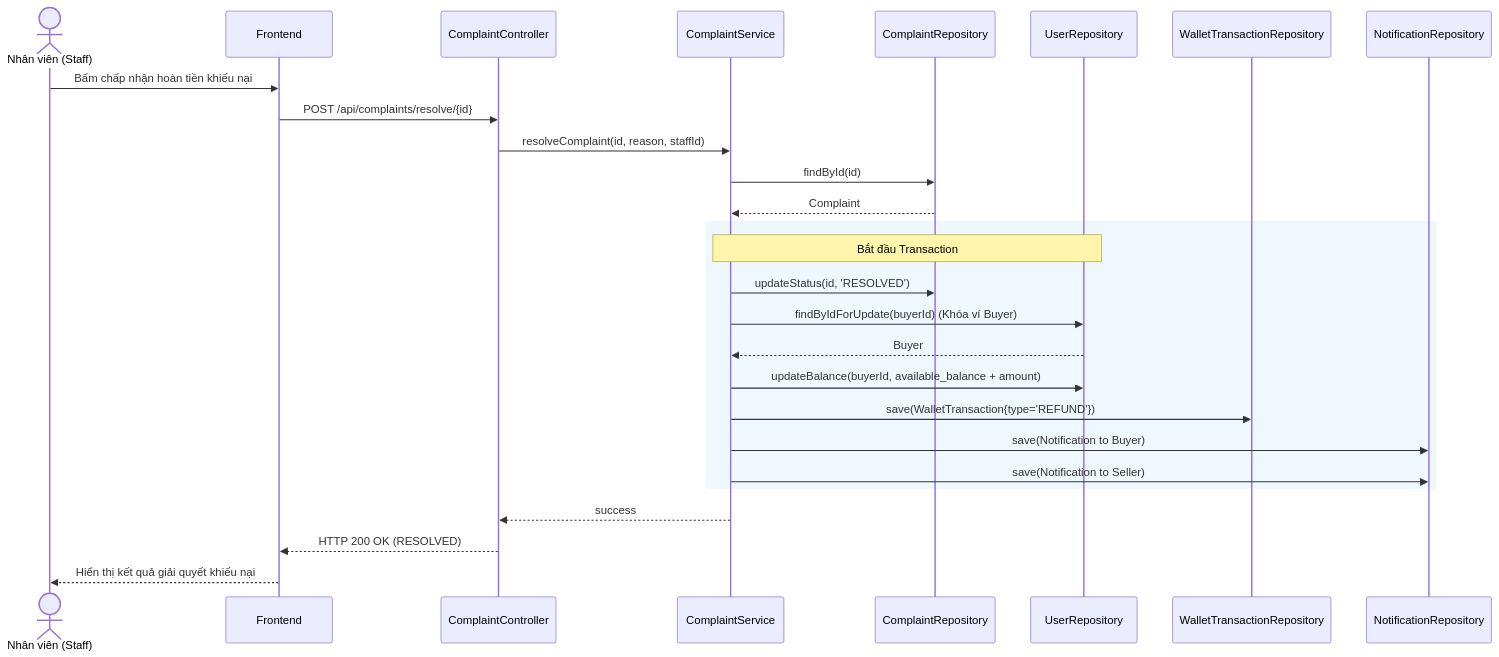
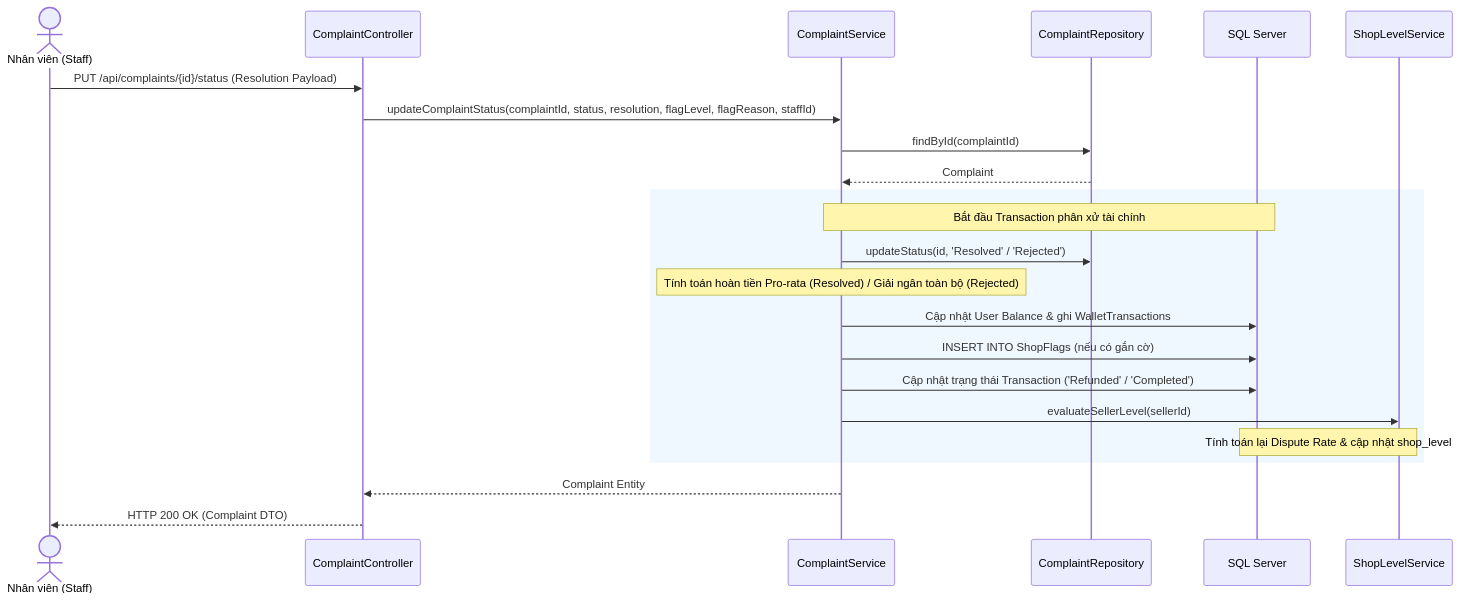
One commit to Vietanh1712/mmo-system changed the diagram in MMO_Market/MMO_Market (3)/MMO_Market/.sdd/specs/backend/feat-complaint/UC-10-complaint-dispute.md. Above: the diagram before and after it, drawn with Mermaid. The commit also changed other lines of this file and 6 other files, not shown here.

Commit message:
docs: dong bo dac ta va kich ban use case khieu nai phan xu hoan tien pro-rata

````diff
--- a/MMO_Market/MMO_Market (3)/MMO_Market/.sdd/specs/backend/feat-complaint/UC-10-complaint-dispute.md
+++ b/MMO_Market/MMO_Market (3)/MMO_Market/.sdd/specs/backend/feat-complaint/UC-10-complaint-dispute.md
@@ -117,32 +119,28 @@
 ```mermaid
 sequenceDiagram
-    actor S as Nhân viên (Staff)
-    participant FE as Frontend
-    participant CC as ComplaintController
-    participant CS as ComplaintService
-    participant CR as ComplaintRepository
-    participant UR as UserRepository
-    participant WTR as WalletTransactionRepository
-    participant NR as NotificationRepository
+    actor ST as Nhân viên (Staff)
+    participant POC as ComplaintController
+    participant POS as ComplaintService
+    participant POR as ComplaintRepository
+    participant DB as SQL Server
+    participant SLS as ShopLevelService
 
-    S->>FE: Bấm chấp nhận hoàn tiền khiếu nại
-    FE->>CC: POST /api/complaints/resolve/{id}
-    CC->>CS: resolveComplaint(id, reason, staffId)
-    CS->>CR: findById(id)
-    CR-->>CS: Complaint
+    ST->>POC: PUT /api/complaints/{id}/status (Resolution Payload)
+    POC->>POS: updateComplaintStatus(complaintId, status, resolution, flagLevel, flagReason, staffId)
+    POS->>POR: findById(complaintId)
+    POR-->>POS: Complaint
     
     rect rgb(240, 248, 255)
-        Note over CS, UR: Bắt đầu Transaction
-        CS->>CR: updateStatus(id, 'RESOLVED')
-        CS->>UR: findByIdForUpdate(buyerId) (Khóa ví Buyer)
-        UR-->>CS: Buyer
-        CS->>UR: updateBalance(buyerId, available_balance + amount)
-        CS->>WTR: save(WalletTransaction{type='REFUND'})
-        CS->>NR: save(Notification to Buyer)
-        CS->>NR: save(Notification to Seller)
+        Note over POS, DB: Bắt đầu Transaction phân xử tài chính
+        POS->>POR: updateStatus(id, 'Resolved' / 'Rejected')
+        Note over POS: Tính toán hoàn tiền Pro-rata (Resolved) / Giải ngân toàn bộ (Rejected)
+        POS->>DB: Cập nhật User Balance & ghi WalletTransactions
+        POS->>DB: INSERT INTO ShopFlags (nếu có gắn cờ)
+        POS->>DB: Cập nhật trạng thái Transaction ('Refunded' / 'Completed')
+        POS->>SLS: evaluateSellerLevel(sellerId)
+        Note over SLS, DB: Tính toán lại Dispute Rate & cập nhật shop_level
     end
     
-    CS-->>CC: success
-    CC-->>FE: HTTP 200 OK (RESOLVED)
-    FE-->>S: Hiển thị kết quả giải quyết khiếu nại
+    POS-->>POC: Complaint Entity
+    POC-->>ST: HTTP 200 OK (Complaint DTO)
 ```
````
